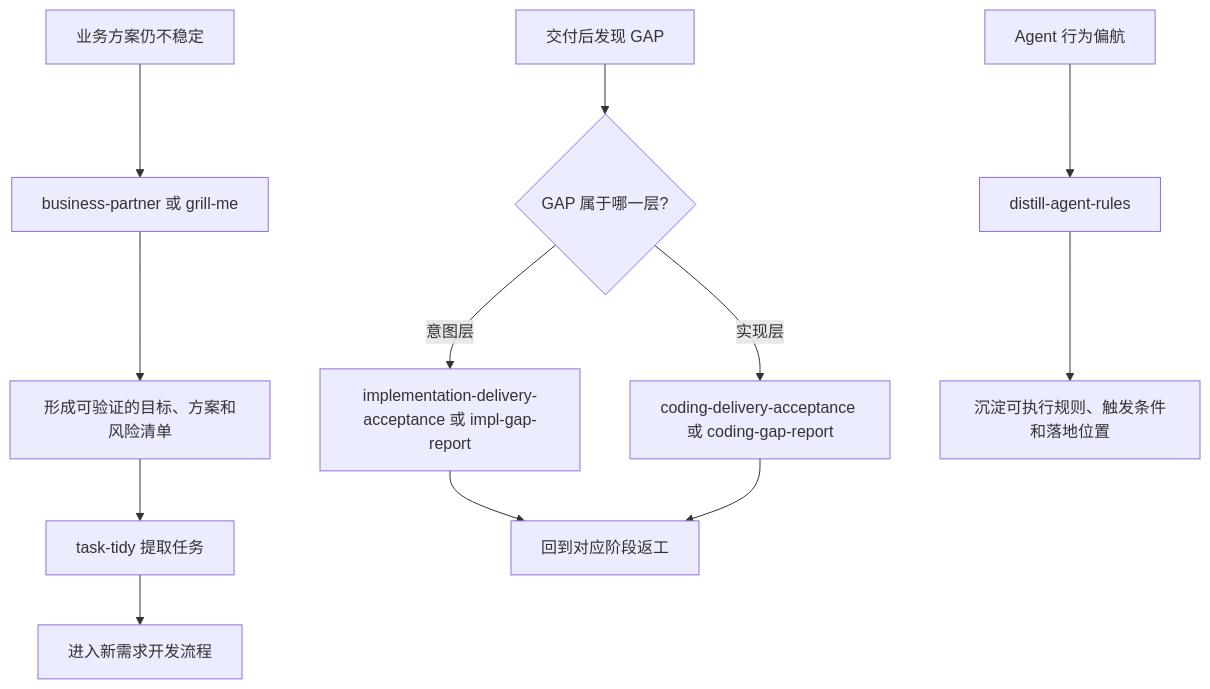
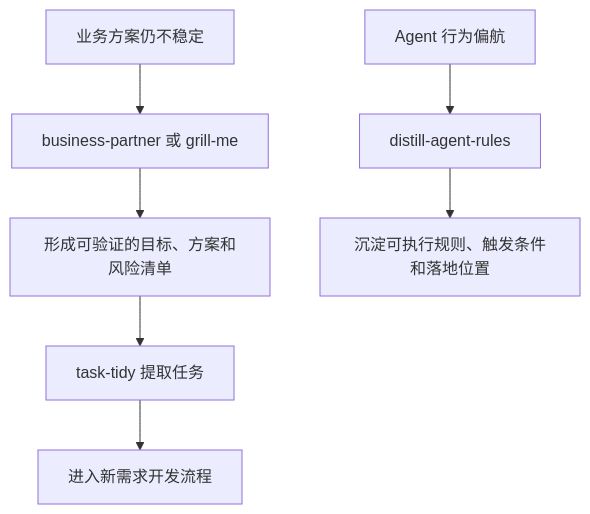
The third of 3 diagrams in README.md (derekhu0002/Argo), drawn with Mermaid before and after one commit. The commit also changed other lines of this file, not shown here.

````diff
--- a/README.md
+++ b/README.md
@@ -125,16 +125,10 @@
 ```mermaid
 flowchart TD
     A[业务方案仍不稳定] --> B[business-partner 或 grill-me]
     B --> C[形成可验证的目标、方案和风险清单]
     C --> D[task-tidy 提取任务]
     D --> E[进入新需求开发流程]
 
-    F[交付后发现 GAP] --> G{GAP 属于哪一层?}
-    G -- 意图层 --> H[implementation-delivery-acceptance 或 impl-gap-report]
-    G -- 实现层 --> I[coding-delivery-acceptance 或 coding-gap-report]
-    H --> J[回到对应阶段返工]
-    I --> J
-
     K[Agent 行为偏航] --> L[distill-agent-rules]
     L --> M[沉淀可执行规则、触发条件和落地位置]
 ```
````
